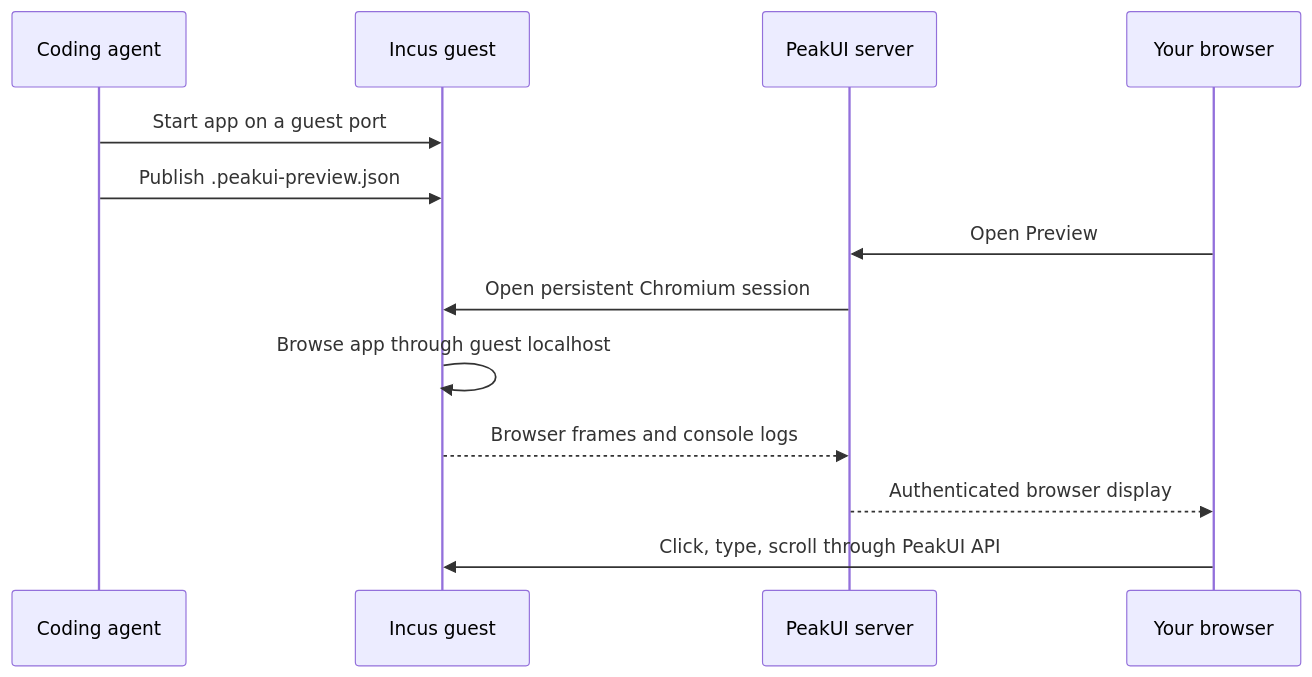
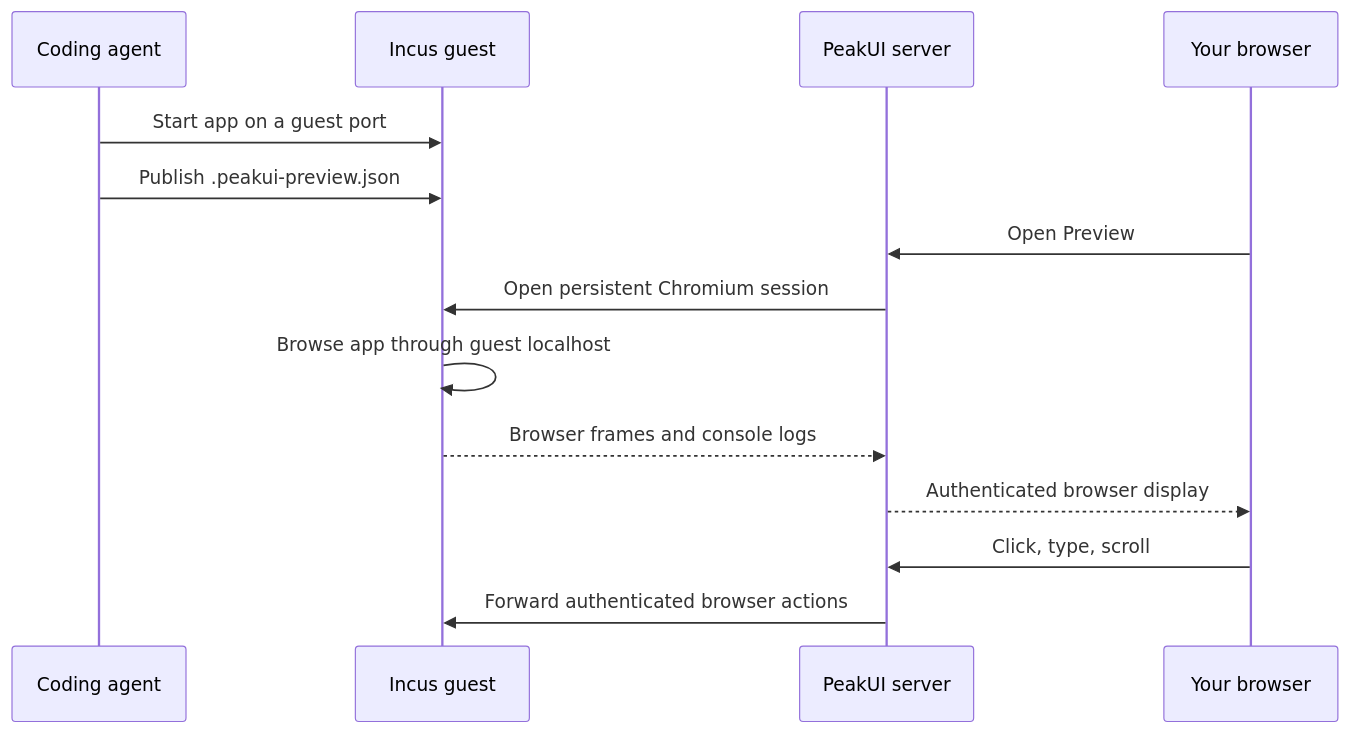
The fourth of 7 diagrams in README.md (rajatalha150/PeakUI), drawn with Mermaid before and after one commit. The commit also changed other lines of this file and 6 other files, not shown here.

````diff
--- a/README.md
+++ b/README.md
@@ -116,15 +116,16 @@
 ```mermaid
 sequenceDiagram
   participant A as Coding agent
   participant G as Incus guest
   participant S as PeakUI server
   participant B as Your browser
   A->>G: Start app on a guest port
   A->>G: Publish .peakui-preview.json
   B->>S: Open Preview
   S->>G: Open persistent Chromium session
   G->>G: Browse app through guest localhost
   G-->>S: Browser frames and console logs
   S-->>B: Authenticated browser display
-  B->>G: Click, type, scroll through PeakUI API
+  B->>S: Click, type, scroll
+  S->>G: Forward authenticated browser actions
 ```
````
